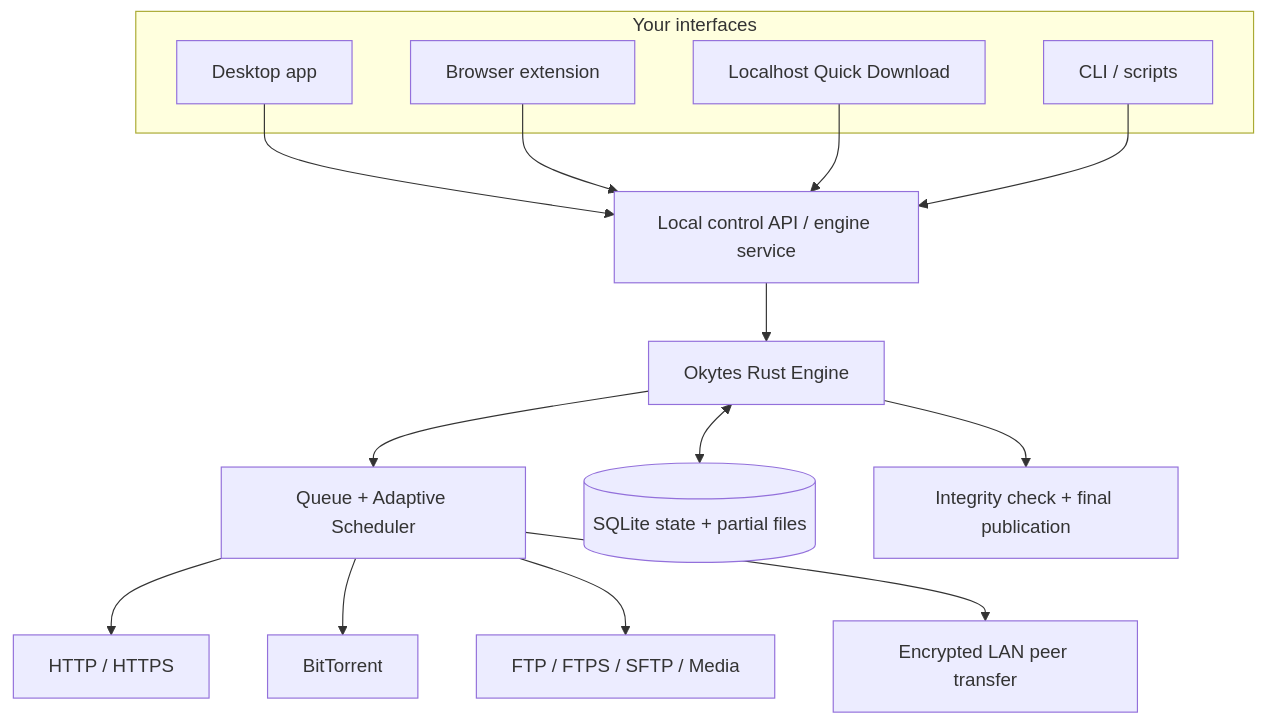
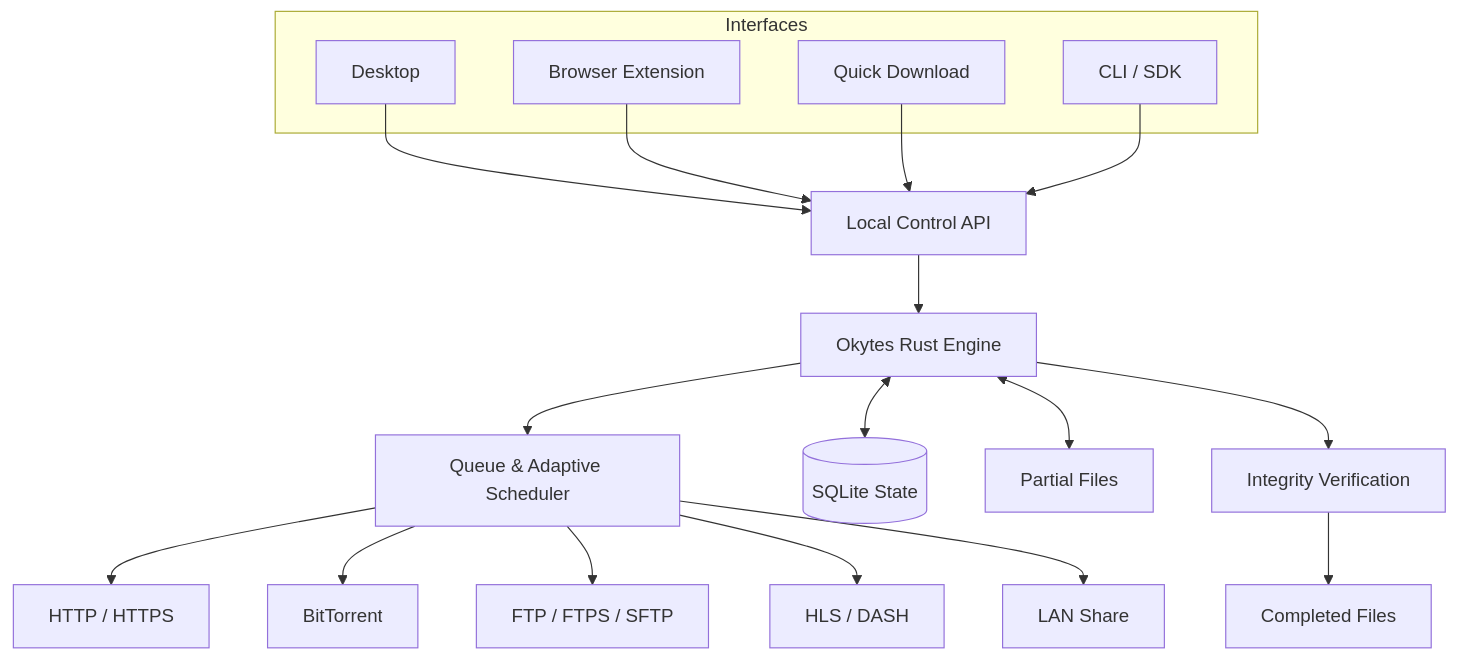
One commit to dippendicular/okytes changed the diagram in README.md. Above: the diagram before and after it, drawn with Mermaid. The commit also changed other lines of this file, not shown here.

````diff
--- a/README.md
+++ b/README.md
@@ -300,40 +128,28 @@
 ```mermaid
-
 flowchart TB
-
-    subgraph Clients[Your interfaces]
-
-        Desktop[Desktop app]
-
-        Browser[Browser extension]
-
-        Quick[Localhost Quick Download]
-
-        CLI[CLI / scripts]
-
+    subgraph Clients["Interfaces"]
+        Desktop["Desktop"]
+        Browser["Browser Extension"]
+        Web["Quick Download"]
+        CLI["CLI / SDK"]
     end
 
-    Desktop --> Control[Local control API / engine service]
+    Desktop --> API["Local Control API"]
+    Browser --> API
+    Web --> API
+    CLI --> API
 
-    Browser --> Control
+    API --> Core["Okytes Rust Engine"]
+    Core --> Queue["Queue & Adaptive Scheduler"]
 
-    Quick --> Control
+    Queue --> HTTP["HTTP / HTTPS"]
+    Queue --> Torrent["BitTorrent"]
+    Queue --> FTP["FTP / FTPS / SFTP"]
+    Queue --> Media["HLS / DASH"]
+    Queue --> LAN["LAN Share"]
 
-    CLI --> Control
-
-    Control --> Engine[Okytes Rust Engine]
-
-    Engine --> Scheduler[Queue + Adaptive Scheduler]
-
-    Scheduler --> HTTP[HTTP / HTTPS]
-
-    Scheduler --> Torrent[BitTorrent]
-
-    Scheduler --> Other[FTP / FTPS / SFTP / Media]
-    Scheduler --> Peer[Encrypted LAN peer transfer]
-
-    Engine <--> State[(SQLite state + partial files)]
-
-    Engine --> Verify[Integrity check + final publication]
-
+    Core <--> State[("SQLite State")]
+    Core <--> Files["Partial Files"]
+    Core --> Verify["Integrity Verification"]
+    Verify --> Output["Completed Files"]
 ```
````
